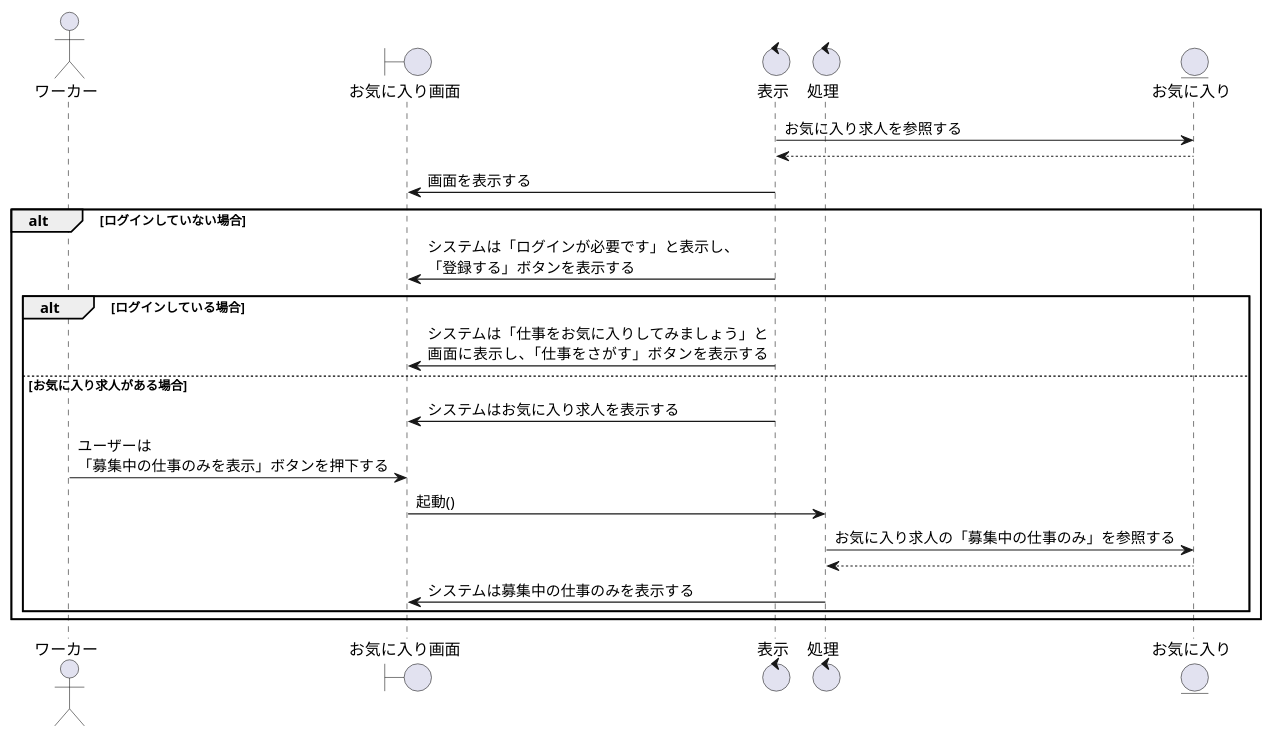
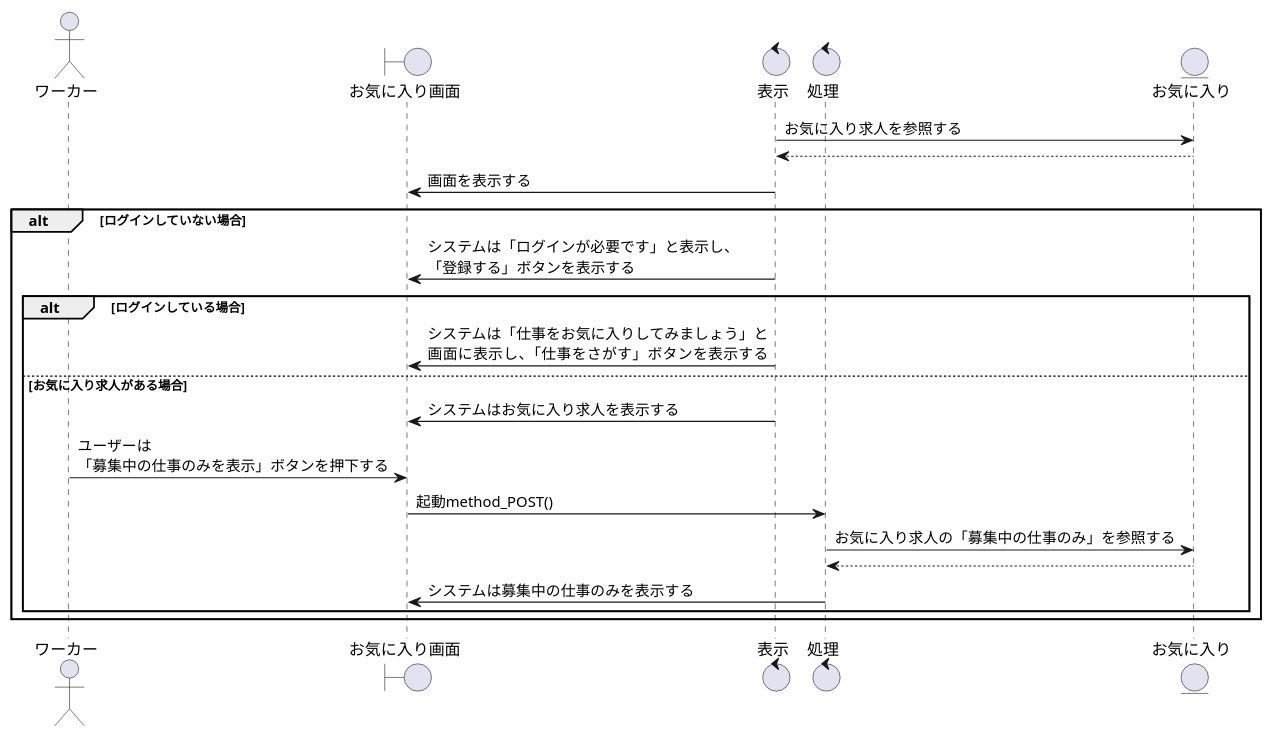
One commit to irukacb256/high_Me changed the diagram in sequence_fig/3_favorite_fn/2_お気に入り求人の絞り込みをする.pu. Above: the diagram before and after it, drawn with PlantUML. The commit also changed 4 other files, not shown here.

```diff
--- a/sequence_fig/3_favorite_fn/2_お気に入り求人の絞り込みをする.pu
+++ b/sequence_fig/3_favorite_fn/2_お気に入り求人の絞り込みをする.pu
@@ -1,35 +1,35 @@
 @startuml お気に入り求人の絞り込みをする
 
 ' 1
 actor ワーカー as wo1
 boundary お気に入り画面 as fv1
 control 表示 as co1
 
 control 処理 as co2
 
 entity お気に入り as fa1
 
 ' 2
 co1 -> fa1 : お気に入り求人を参照する
 co1 <-- fa1
 co1 -> fv1 : 画面を表示する
 
 alt ログインしていない場合
     co1 -> fv1 : システムは「ログインが必要です」と表示し、\n「登録する」ボタンを表示する　    
 
     alt ログインしている場合
         co1 -> fv1 : システムは「仕事をお気に入りしてみましょう」と\n画面に表示し、「仕事をさがす」ボタンを表示する
 
     else お気に入り求人がある場合
         co1 -> fv1 : システムはお気に入り求人を表示する
         wo1 -> fv1 : ユーザーは\n「募集中の仕事のみを表示」ボタンを押下する
-        fv1 -> co2 : 起動()
+        fv1 -> co2 : 起動method_POST()
         co2 -> fa1 : お気に入り求人の「募集中の仕事のみ」を参照する
         co2 <-- fa1
         co2 -> fv1 : システムは募集中の仕事のみを表示する
 
     end
 
 end
 
 @enduml
```
